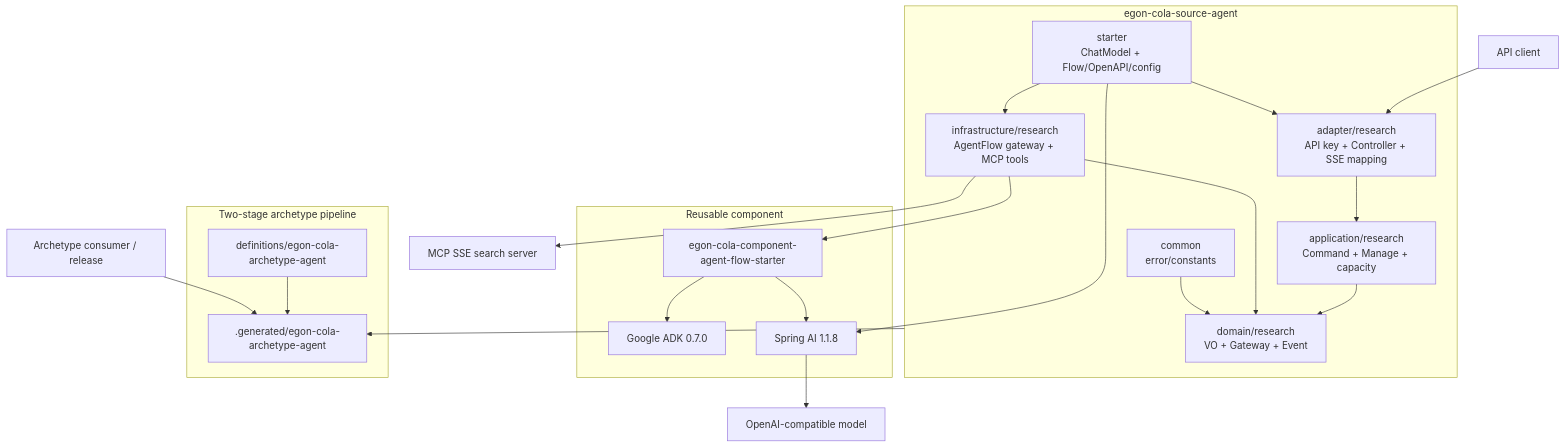
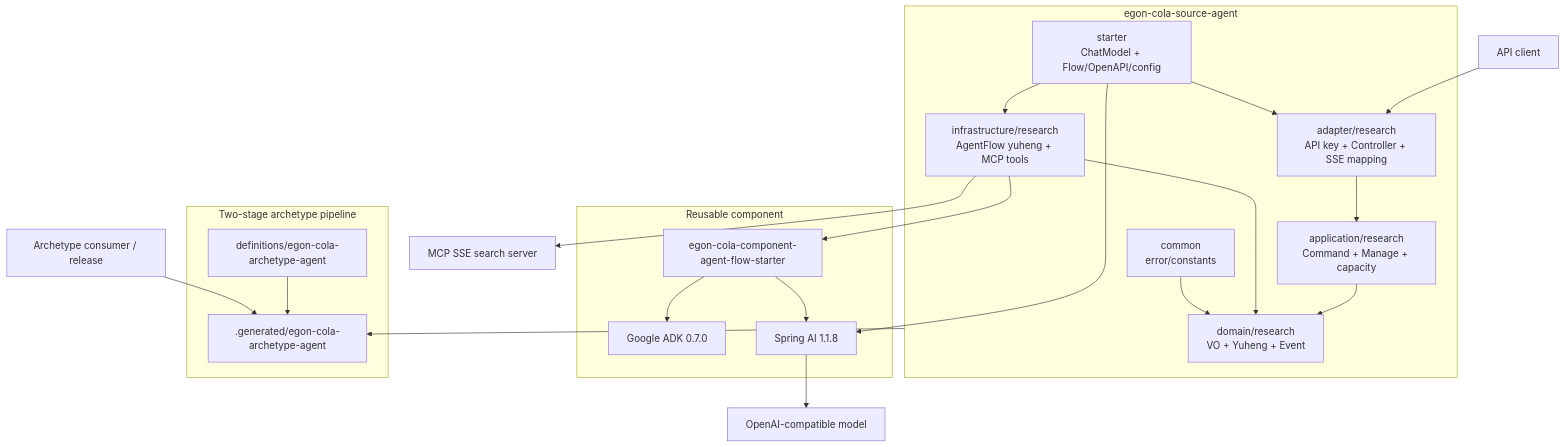
One commit to AllenDEricDAlexander/Egon-COLA changed the second of 4 diagrams in docs/egon/spec/2026-09-04-16-32-agent-deep-research-archetype.md. Above: the diagram before and after it, drawn with Mermaid. The commit also changed other lines of this file and 233 other files, not shown here.

````diff
--- a/docs/egon/spec/2026-09-04-16-32-agent-deep-research-archetype.md
+++ b/docs/egon/spec/2026-09-04-16-32-agent-deep-research-archetype.md
@@ -332,44 +332,44 @@
 ```mermaid
 flowchart TB
     Client["API client"]
     Maven["Archetype consumer / release"]
     Model["OpenAI-compatible model"]
     MCP["MCP SSE search server"]
 
     subgraph Source["egon-cola-source-agent"]
         Common["common\nerror/constants"]
-        Domain["domain/research\nVO + Gateway + Event"]
+        Domain["domain/research\nVO + Yuheng + Event"]
         App["application/research\nCommand + Manage + capacity"]
         Adapter["adapter/research\nAPI key + Controller + SSE mapping"]
-        Infra["infrastructure/research\nAgentFlow gateway + MCP tools"]
+        Infra["infrastructure/research\nAgentFlow yuheng + MCP tools"]
         Starter["starter\nChatModel + Flow/OpenAPI/config"]
     end
 
     subgraph Shared["Reusable component"]
         Flow["egon-cola-component-agent-flow-starter"]
         ADK["Google ADK 0.7.0"]
         SAI["Spring AI 1.1.8"]
     end
 
     subgraph Packaging["Two-stage archetype pipeline"]
         Def["definitions/egon-cola-archetype-agent"]
         Gen[".generated/egon-cola-archetype-agent"]
     end
 
     Client --> Adapter
     Adapter --> App
     App --> Domain
     Infra --> Domain
     Starter --> Adapter
     Starter --> Infra
     Infra --> Flow
     Flow --> ADK
     Flow --> SAI
     Starter --> SAI
     Infra --> MCP
     SAI --> Model
     Common --> Domain
     Source --> Gen
     Def --> Gen
     Maven --> Gen
 ```
````
